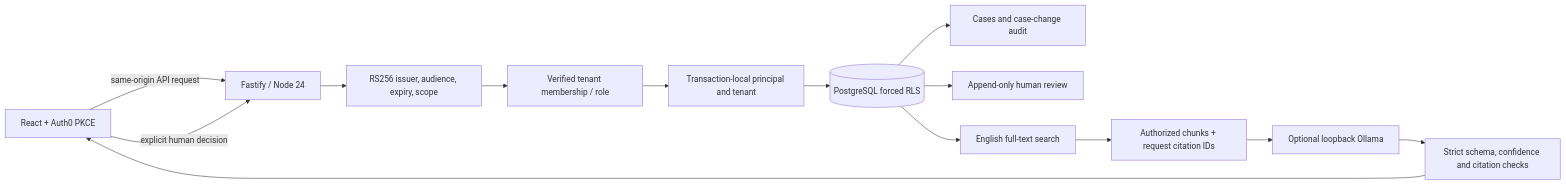
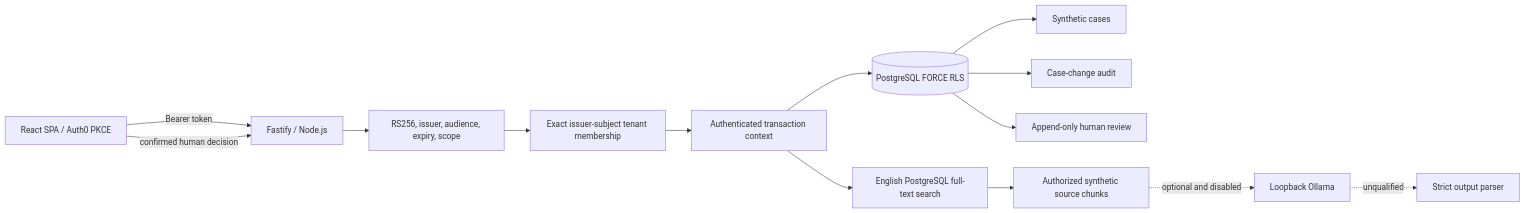
The first of 2 diagrams in docs/PORTFOLIO-CASE-STUDY.md (AnkurSingh16/aegis-ai-architect-portfolio), drawn with Mermaid before and after one commit. The commit also changed other lines of this file and 3 other files, not shown here.

````diff
--- a/docs/PORTFOLIO-CASE-STUDY.md
+++ b/docs/PORTFOLIO-CASE-STUDY.md
@@ -19,16 +13,16 @@
 ```mermaid
 flowchart LR
-  SPA[React + Auth0 PKCE] -->|same-origin API request| Fastify[Fastify / Node 24]
-  Fastify --> JWT[RS256 issuer, audience, expiry, scope]
-  JWT --> Member[Verified tenant membership / role]
-  Member --> Tx[Transaction-local principal and tenant]
-  Tx --> RLS[(PostgreSQL forced RLS)]
-  RLS --> Case[Cases and case-change audit]
-  RLS --> Review[Append-only human review]
-  RLS --> FTS[English full-text search]
-  FTS --> Sources[Authorized chunks + request citation IDs]
-  Sources --> Provider[Optional loopback Ollama]
-  Provider --> Parser[Strict schema, confidence and citation checks]
-  Parser --> SPA
-  SPA -->|explicit human decision| Fastify
+  SPA[React SPA / Auth0 PKCE] -->|Bearer token| API[Fastify / Node.js]
+  API --> JWT[RS256, issuer, audience, expiry, scope]
+  JWT --> Membership[Exact issuer-subject tenant membership]
+  Membership --> Tx[Authenticated transaction context]
+  Tx --> RLS[(PostgreSQL FORCE RLS)]
+  RLS --> Cases[Synthetic cases]
+  RLS --> Audit[Case-change audit]
+  RLS --> Reviews[Append-only human review]
+  Tx --> FTS[English PostgreSQL full-text search]
+  FTS --> Sources[Authorized synthetic source chunks]
+  Sources -. optional and disabled .-> Ollama[Loopback Ollama]
+  Ollama -. unqualified .-> Parser[Strict output parser]
+  SPA -->|confirmed human decision| API
 ```
````
